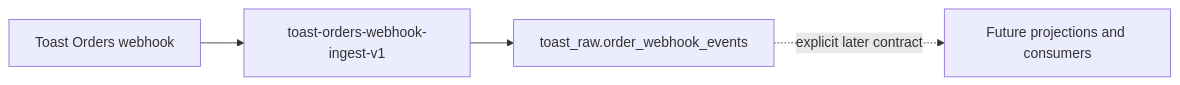
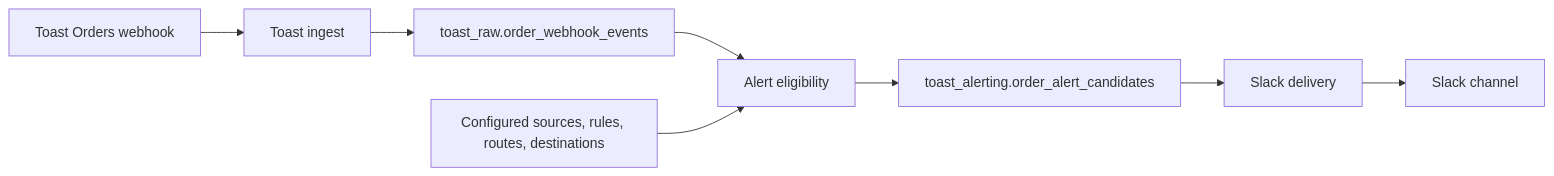
Before and after one commit to thedoughmonster/MoXX: the diagram in docs/architecture.md, drawn with Mermaid. The commit also changed other lines of this file and 5 other files, not shown here.

````diff
--- a/docs/architecture.md
+++ b/docs/architecture.md
@@ -8,11 +9,19 @@
 ```mermaid
 flowchart LR
   toast["Toast Orders webhook"]
-  receiver["toast-orders-webhook-ingest-v1"]
+  ingest["Toast ingest"]
   raw["toast_raw.order_webhook_events"]
-  later["Future projections and consumers"]
+  config["Configured sources, rules, routes, destinations"]
+  eligibility["Alert eligibility"]
+  candidates["toast_alerting.order_alert_candidates"]
+  delivery["Slack delivery"]
+  slack["Slack channel"]
 
-  toast --> receiver
-  receiver --> raw
-  raw -. explicit later contract .-> later
+  toast --> ingest
+  ingest --> raw
+  raw --> eligibility
+  config --> eligibility
+  eligibility --> candidates
+  candidates --> delivery
+  delivery --> slack
 ```
````
